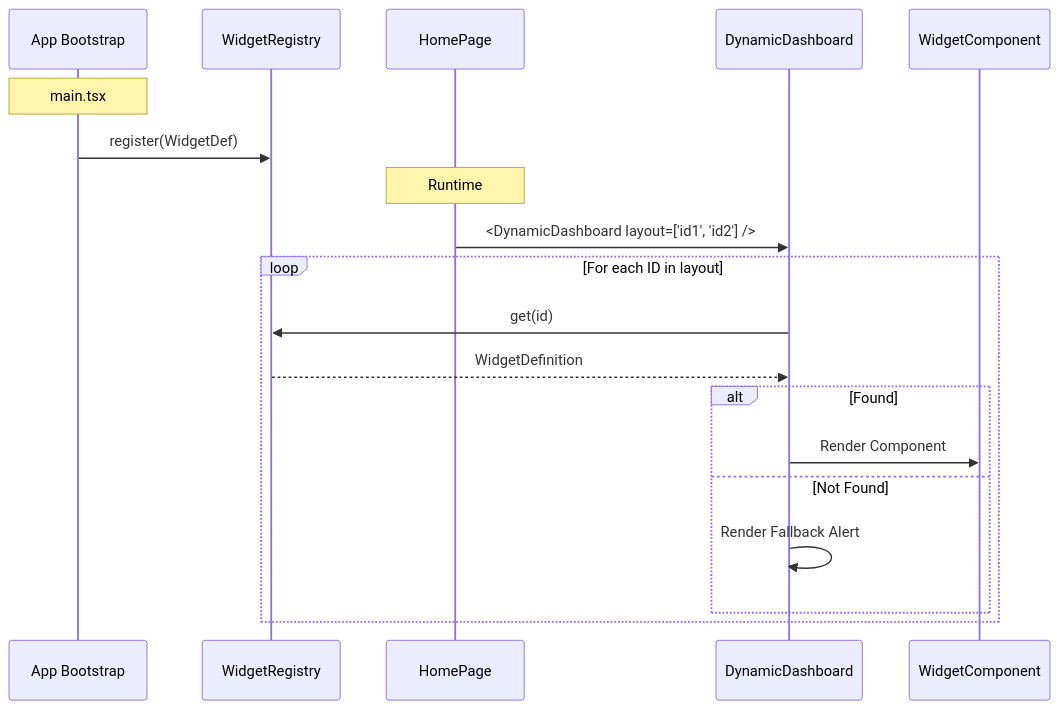
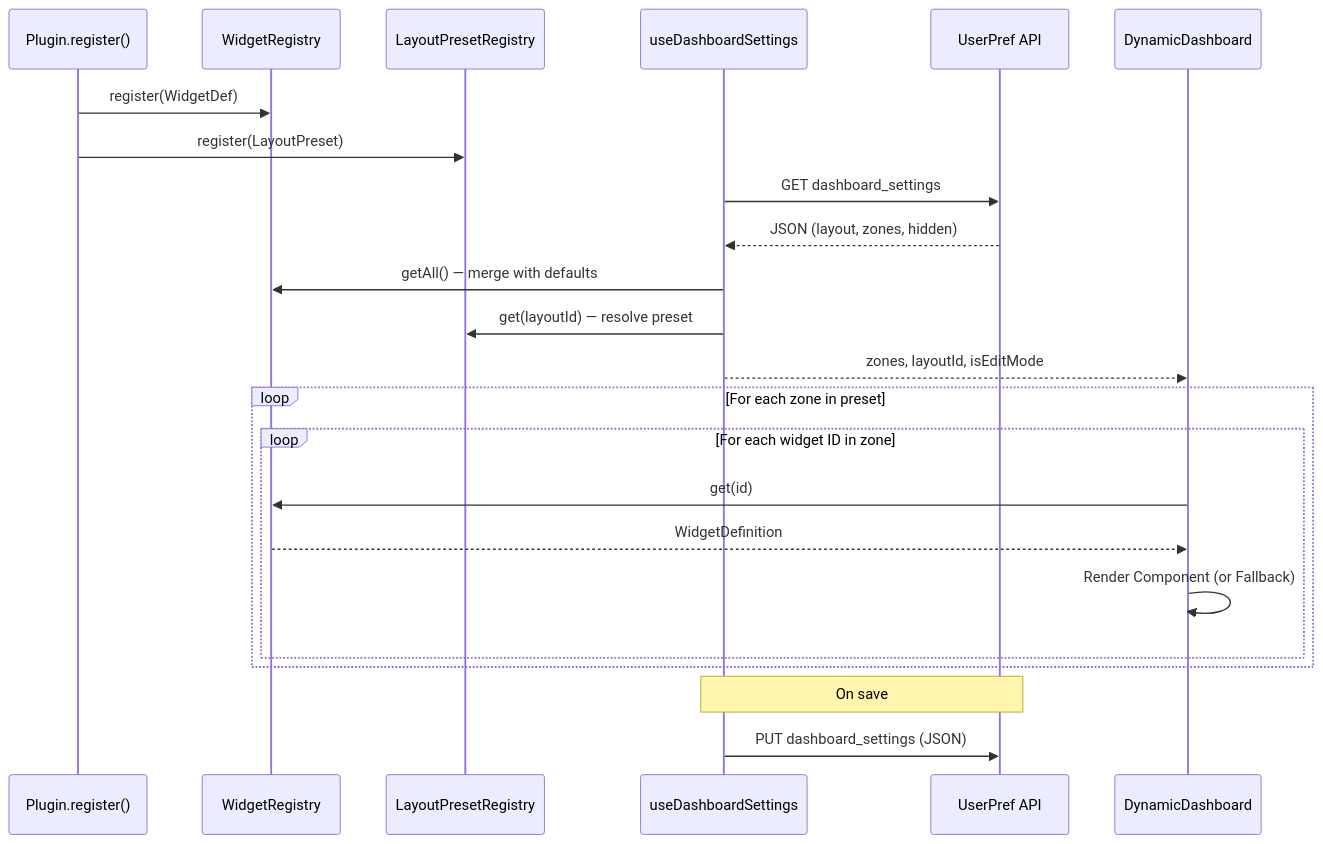
Before and after one commit to aleksejs1/ari: the diagram in web-client/docs/widget-architecture.md, drawn with Mermaid. The commit also changed other lines of this file and 6 other files, not shown here.

````diff
--- a/web-client/docs/widget-architecture.md
+++ b/web-client/docs/widget-architecture.md
@@ -26,25 +52,30 @@
 ```mermaid
 sequenceDiagram
-    participant Boot as App Bootstrap
-    participant Reg as WidgetRegistry
-    participant Page as HomePage
+    participant Plugin as Plugin.register()
+    participant WR as WidgetRegistry
+    participant LR as LayoutPresetRegistry
+    participant Hook as useDashboardSettings
+    participant Pref as UserPref API
     participant Dash as DynamicDashboard
-    participant Widget as WidgetComponent
 
-    Note over Boot: main.tsx
-    Boot->>Reg: register(WidgetDef)
-    
-    Note over Page: Runtime
-    Page->>Dash: <DynamicDashboard layout=['id1', 'id2'] />
-    
-    loop For each ID in layout
-        Dash->>Reg: get(id)
-        Reg-->>Dash: WidgetDefinition
-        
-        alt Found
-            Dash->>Widget: Render Component
-        else Not Found
-            Dash->>Dash: Render Fallback Alert
+    Plugin->>WR: register(WidgetDef)
+    Plugin->>LR: register(LayoutPreset)
+
+    Hook->>Pref: GET dashboard_settings
+    Pref-->>Hook: JSON (layout, zones, hidden)
+    Hook->>WR: getAll() — merge with defaults
+    Hook->>LR: get(layoutId) — resolve preset
+
+    Hook-->>Dash: zones, layoutId, isEditMode
+
+    loop For each zone in preset
+        loop For each widget ID in zone
+            Dash->>WR: get(id)
+            WR-->>Dash: WidgetDefinition
+            Dash->>Dash: Render Component (or Fallback)
         end
     end
+
+    Note over Hook,Pref: On save
+    Hook->>Pref: PUT dashboard_settings (JSON)
 ```
````
